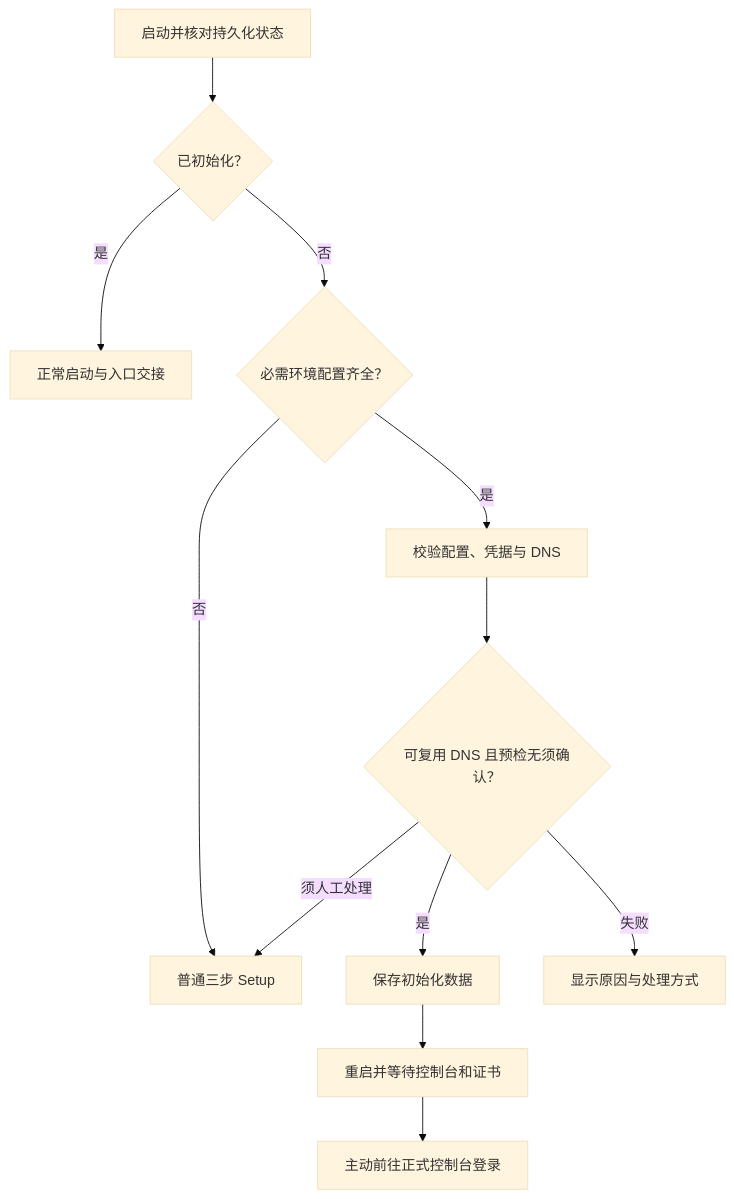
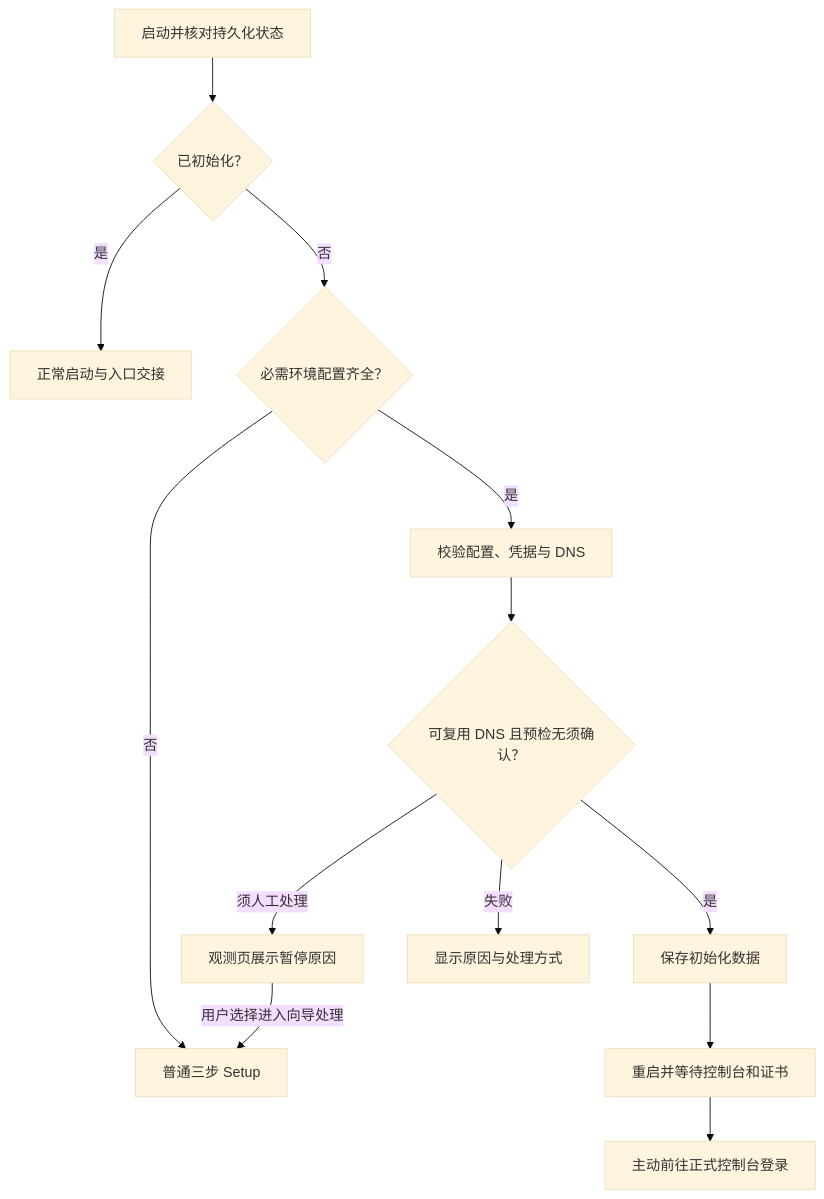
The diagram in docs/superpowers/specs/2026-10-14-environment-setup-design.md (gofxq/caddy_admin), drawn with Mermaid (base theme) before and after one commit. The commit also changed other lines of this file and 50 other files, not shown here.

````diff
--- a/docs/superpowers/specs/2026-10-14-environment-setup-design.md
+++ b/docs/superpowers/specs/2026-10-14-environment-setup-design.md
@@ -76,14 +76,15 @@
 ```mermaid
 flowchart TD
     A[启动并核对持久化状态] --> B{已初始化？}
     B -->|是| C[正常启动与入口交接]
     B -->|否| D{必需环境配置齐全？}
     D -->|否| E[普通三步 Setup]
     D -->|是| F[校验配置、凭据与 DNS]
     F --> G{可复用 DNS 且预检无须确认？}
     G -->|是| H[保存初始化数据]
-    G -->|须人工处理| E
+    G -->|须人工处理| P[观测页展示暂停原因]
+    P -->|用户选择进入向导处理| E
     G -->|失败| I[显示原因与处理方式]
     H --> J[重启并等待控制台和证书]
     J --> K[主动前往正式控制台登录]
 ```
````
